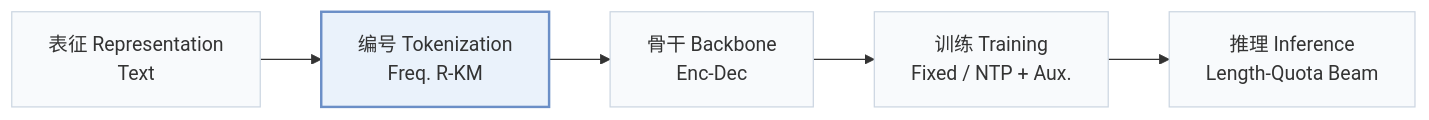
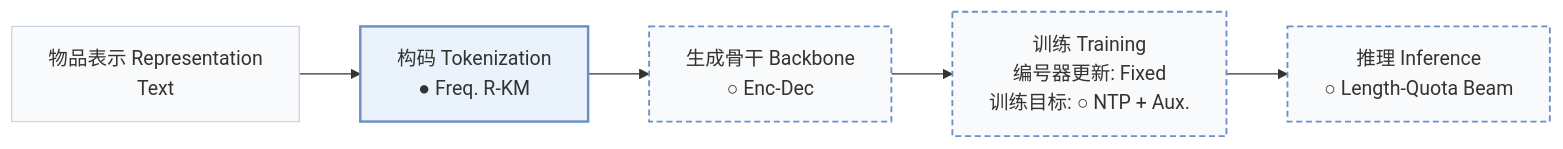
Before and after one commit to Galaxy-ghost/Awesome-SID-Generative-Rec: the first of 2 diagrams in pages/zh/papers/jevrec.md, drawn with Mermaid. The commit also changed other lines of this file and 558 other files, not shown here.

````diff
--- a/pages/zh/papers/jevrec.md
+++ b/pages/zh/papers/jevrec.md
@@ -15,8 +18,10 @@
 ```mermaid
 flowchart LR
-    R["表征 Representation<br/>Text"] --> T["编号 Tokenization<br/>Freq. R-KM"] --> B["骨干 Backbone<br/>Enc-Dec"] --> TR["训练 Training<br/>Fixed / NTP + Aux."] --> I["推理 Inference<br/>Length-Quota Beam"]
+    R["物品表示 Representation<br/>Text"] --> T["构码 Tokenization<br/>● Freq. R-KM"] --> B["生成骨干 Backbone<br/>○ Enc-Dec"] --> TR["训练 Training<br/>编号器更新: Fixed<br/>训练目标: ○ NTP + Aux."] --> I["推理 Inference<br/>○ Length-Quota Beam"]
     classDef base fill:#f8fafc,stroke:#cbd5e1
     class R,T,B,TR,I base
+    classDef other fill:#f8fafc,stroke:#6b8fc7,stroke-width:1.5px,stroke-dasharray:5 3
+    class B,TR,I other
     classDef main fill:#eaf2fb,stroke:#6b8fc7,stroke-width:2px
     class T main
 ```
````
